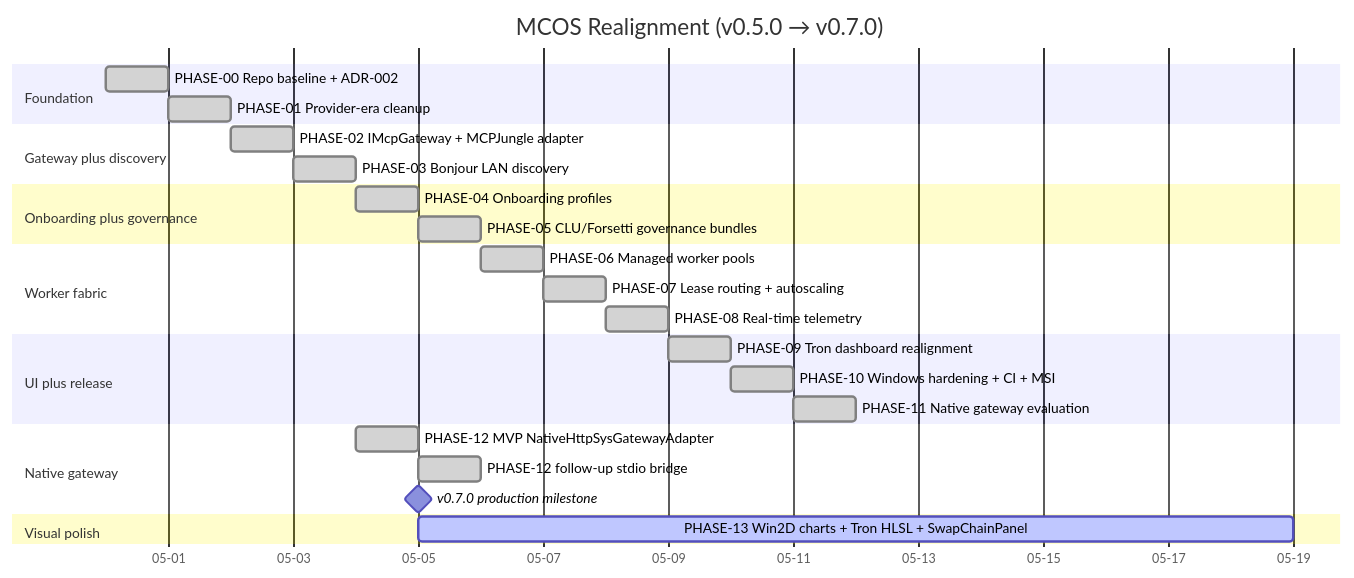
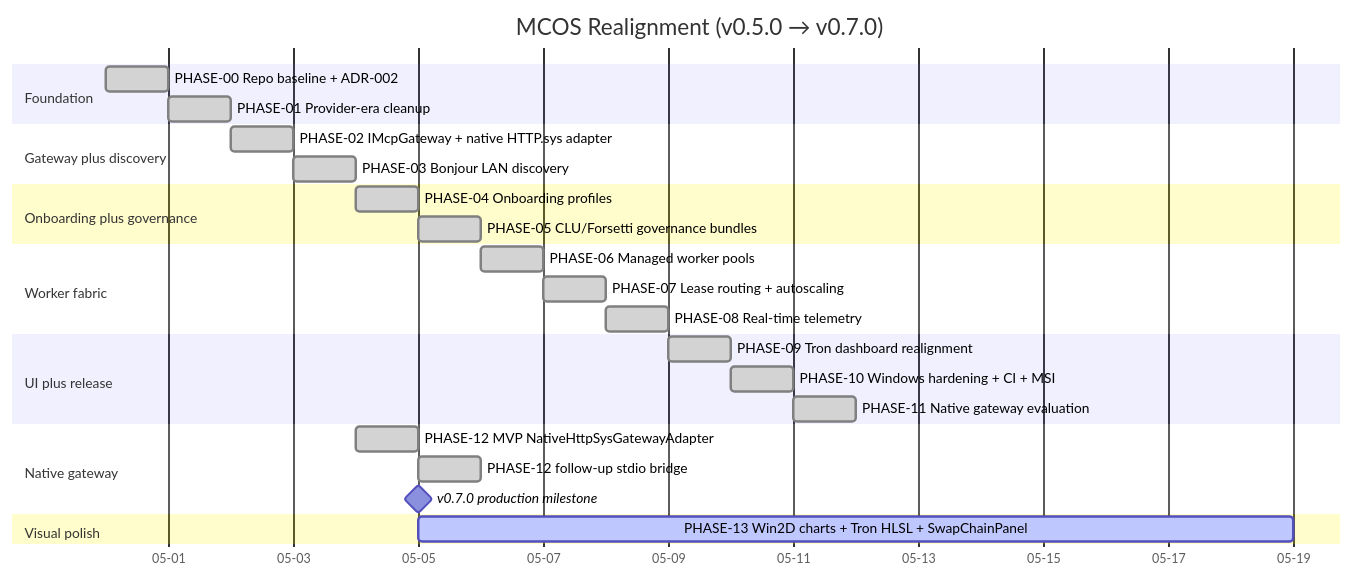
Before and after one commit to flynn33/Master-Control-Orchestration-Server: the first of 7 diagrams in docs/wiki/Versions.md, drawn with Mermaid. The commit also changed other lines of this file and 69 other files, not shown here.

````diff
--- a/docs/wiki/Versions.md
+++ b/docs/wiki/Versions.md
@@ -31,36 +31,36 @@
 ```mermaid
 gantt
     title MCOS Realignment (v0.5.0 → v0.7.0)
     dateFormat  YYYY-MM-DD
     axisFormat  %m-%d
 
     section Foundation
     PHASE-00 Repo baseline + ADR-002       :done, p0, 2026-04-30, 1d
     PHASE-01 Provider-era cleanup          :done, p1, after p0, 1d
 
     section Gateway plus discovery
-    PHASE-02 IMcpGateway + MCPJungle adapter :done, p2, after p1, 1d
+    PHASE-02 IMcpGateway + native HTTP.sys adapter :done, p2, after p1, 1d
     PHASE-03 Bonjour LAN discovery         :done, p3, after p2, 1d
 
     section Onboarding plus governance
     PHASE-04 Onboarding profiles           :done, p4, after p3, 1d
     PHASE-05 CLU/Forsetti governance bundles :done, p5, after p4, 1d
 
     section Worker fabric
     PHASE-06 Managed worker pools          :done, p6, after p5, 1d
     PHASE-07 Lease routing + autoscaling   :done, p7, after p6, 1d
     PHASE-08 Real-time telemetry           :done, p8, after p7, 1d
 
     section UI plus release
     PHASE-09 Tron dashboard realignment    :done, p9, after p8, 1d
     PHASE-10 Windows hardening + CI + MSI  :done, p10, after p9, 1d
     PHASE-11 Native gateway evaluation     :done, p11, after p10, 1d
 
     section Native gateway
     PHASE-12 MVP NativeHttpSysGatewayAdapter :done, p12a, 2026-05-04, 1d
     PHASE-12 follow-up stdio bridge        :done, p12b, after p12a, 1d
     v0.7.0 production milestone            :milestone, m1, 2026-05-05, 0d
 
     section Visual polish
     PHASE-13 Win2D charts + Tron HLSL + SwapChainPanel :active, p13, after m1, 14d
 ```
````
